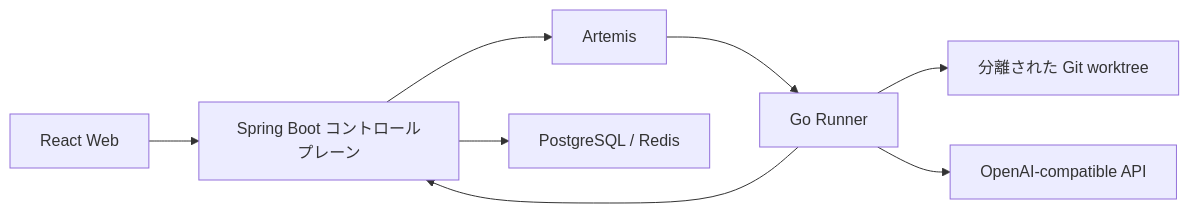
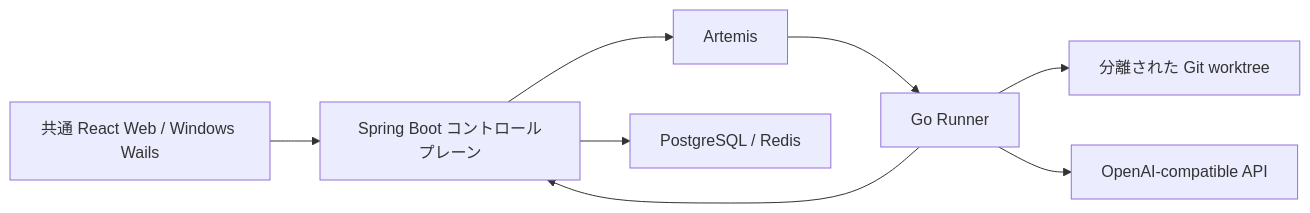
Before and after one commit to lgcyuzusakura/proofcode: the diagram in README.ja.md, drawn with Mermaid. The commit also changed other lines of this file and 119 other files, not shown here.

````diff
--- a/README.ja.md
+++ b/README.ja.md
@@ -129,10 +131,10 @@
 ```mermaid
 flowchart LR
-    UI["React Web"] --> CP["Spring Boot コントロールプレーン"]
+    UI["共通 React Web / Windows Wails"] --> CP["Spring Boot コントロールプレーン"]
     CP --> MQ["Artemis"]
     MQ --> RUN["Go Runner"]
     RUN --> WS["分離された Git worktree"]
     RUN --> MODEL["OpenAI-compatible API"]
     RUN --> CP
     CP --> STORE["PostgreSQL / Redis"]
 ```
````
